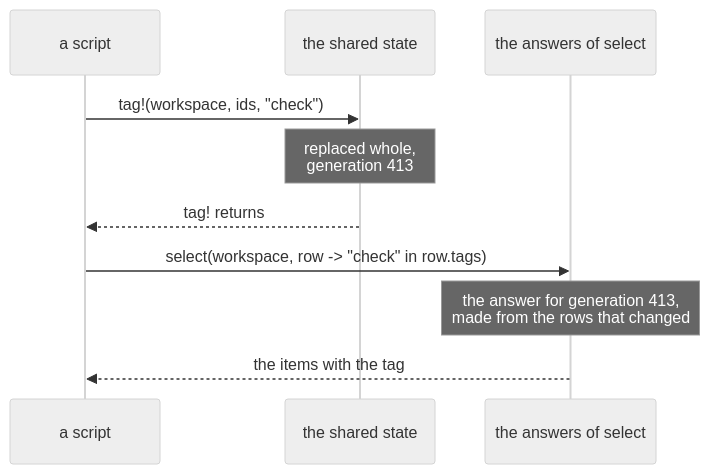
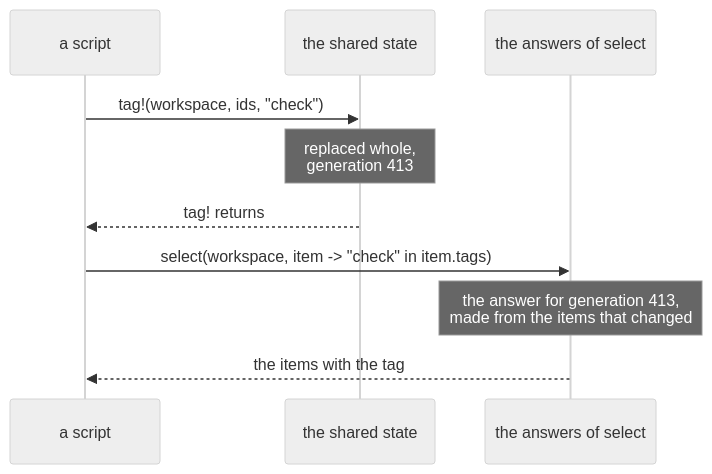
The second of 3 diagrams in docs/plans/client-api.md (digiefel/DataBrowser), drawn with Mermaid (neutral theme) before and after one commit. The commit also changed other lines of this file and 5 other files, not shown here.

````diff
--- a/docs/plans/client-api.md
+++ b/docs/plans/client-api.md
@@ -69,12 +70,12 @@
 ```mermaid
 sequenceDiagram
     participant C as a script
     participant S as the shared state
     participant A as the answers of select
     C->>S: tag!(workspace, ids, "check")
     Note over S: replaced whole,<br/>generation 413
     S-->>C: tag! returns
-    C->>A: select(workspace, row -> "check" in row.tags)
-    Note over A: the answer for generation 413,<br/>made from the rows that changed
+    C->>A: select(workspace, item -> "check" in item.tags)
+    Note over A: the answer for generation 413,<br/>made from the items that changed
     A-->>C: the items with the tag
 ```
````
